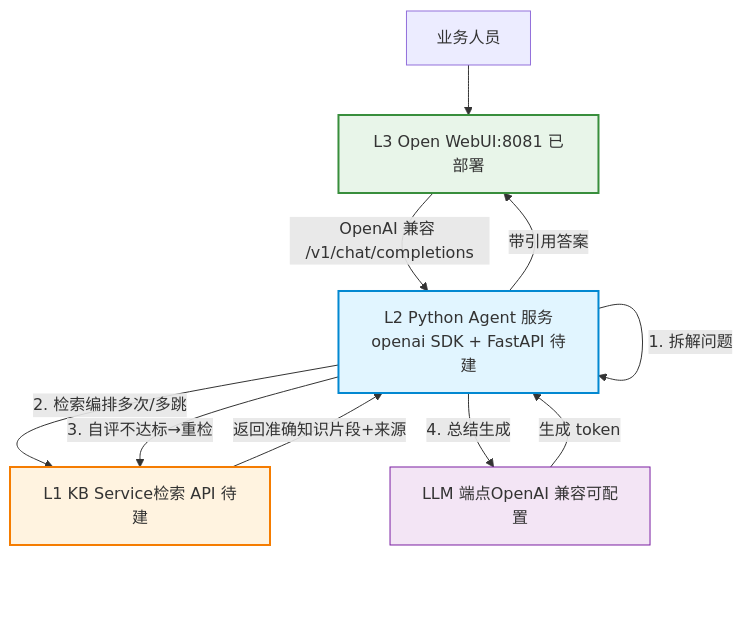
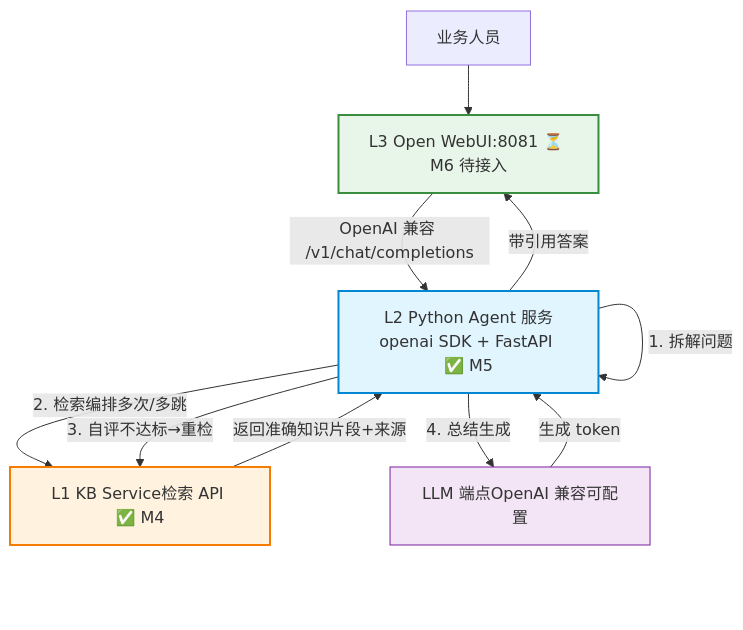
One commit to Laughingtt/kb-retrieval-sys changed the first of 5 diagrams in docs/architecture_3layer.md. Above: the diagram before and after it, drawn with Mermaid. The commit also changed 2 other files, not shown here.

Commit message:
docs(structure): 更新 README 目录树/打包/kb_eval + 修 pyproject 双包打包 + arch 图状态
- pyproject: name l1-kb→kb-retrieval-sys, packages 加 l2_agent（修复非 editable 安装 kb-agent-serve 入口断裂）
- README: 目录树补 l2_agent/kb_eval/docs；修过期"L2/L3 尚未开始"与"pi Agent"；
  新增 L2 Agent 章节（5 工具表/端点/env）+ kb_eval 评估章节；章节重排
- architecture_3layer.md: mermaid 图 L2/L1/L3 状态标签对齐正文（待建→已完成、已部署→待接入）

````diff
--- a/docs/architecture_3layer.md
+++ b/docs/architecture_3layer.md
@@ -20,19 +20,19 @@
 ```mermaid
 flowchart TD
-    U[业务人员] --> UI["L3 Open WebUI:8081 已部署"]
+    U[业务人员] --> UI["L3 Open WebUI:8081 ⏳ M6 待接入"]
 
-    UI -->|OpenAI 兼容 /v1/chat/completions| AG["L2 Python Agent 服务openai SDK + FastAPI 待建"]
+    UI -->|OpenAI 兼容 /v1/chat/completions| AG["L2 Python Agent 服务openai SDK + FastAPI ✅ M5"]
 
     AG -->|1. 拆解问题| AG
-    AG -->|2. 检索编排多次/多跳| KB["L1 KB Service检索 API 待建"]
+    AG -->|2. 检索编排多次/多跳| KB["L1 KB Service检索 API ✅ M4"]
     KB -->|返回准确知识片段+来源| AG
     AG -->|3. 自评不达标→重检| KB
     AG -->|4. 总结生成| GW["LLM 端点OpenAI 兼容可配置"]
     GW -->|生成 token| AG
     AG -->|带引用答案| UI
 
     style UI fill:#e8f5e9,stroke:#388e3c,stroke-width:2px
     style AG fill:#e1f5ff,stroke:#0288d1,stroke-width:2px
     style KB fill:#fff3e0,stroke:#f57c00,stroke-width:2px
     style GW fill:#f3e5f5,stroke:#7b1fa2
 ```
````
